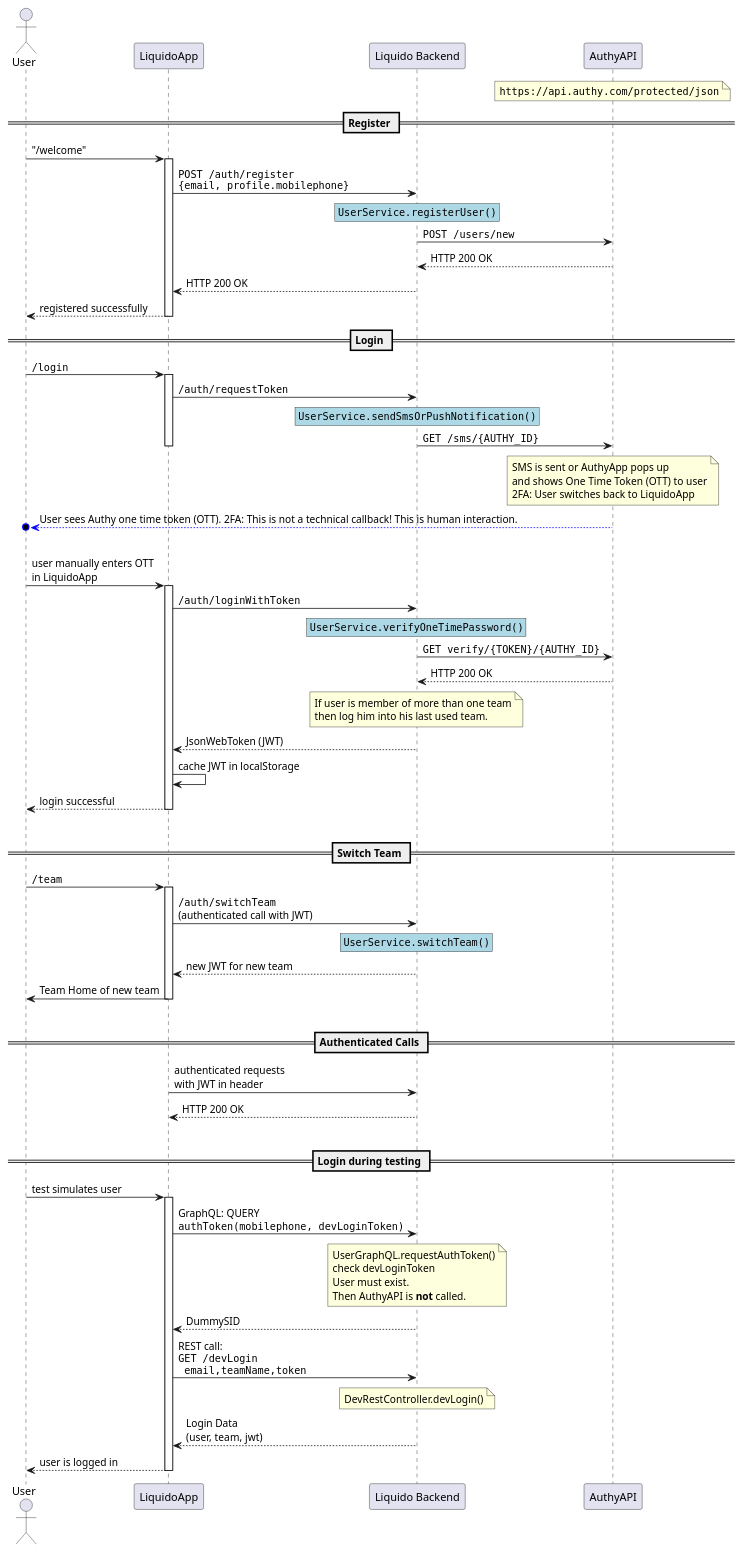
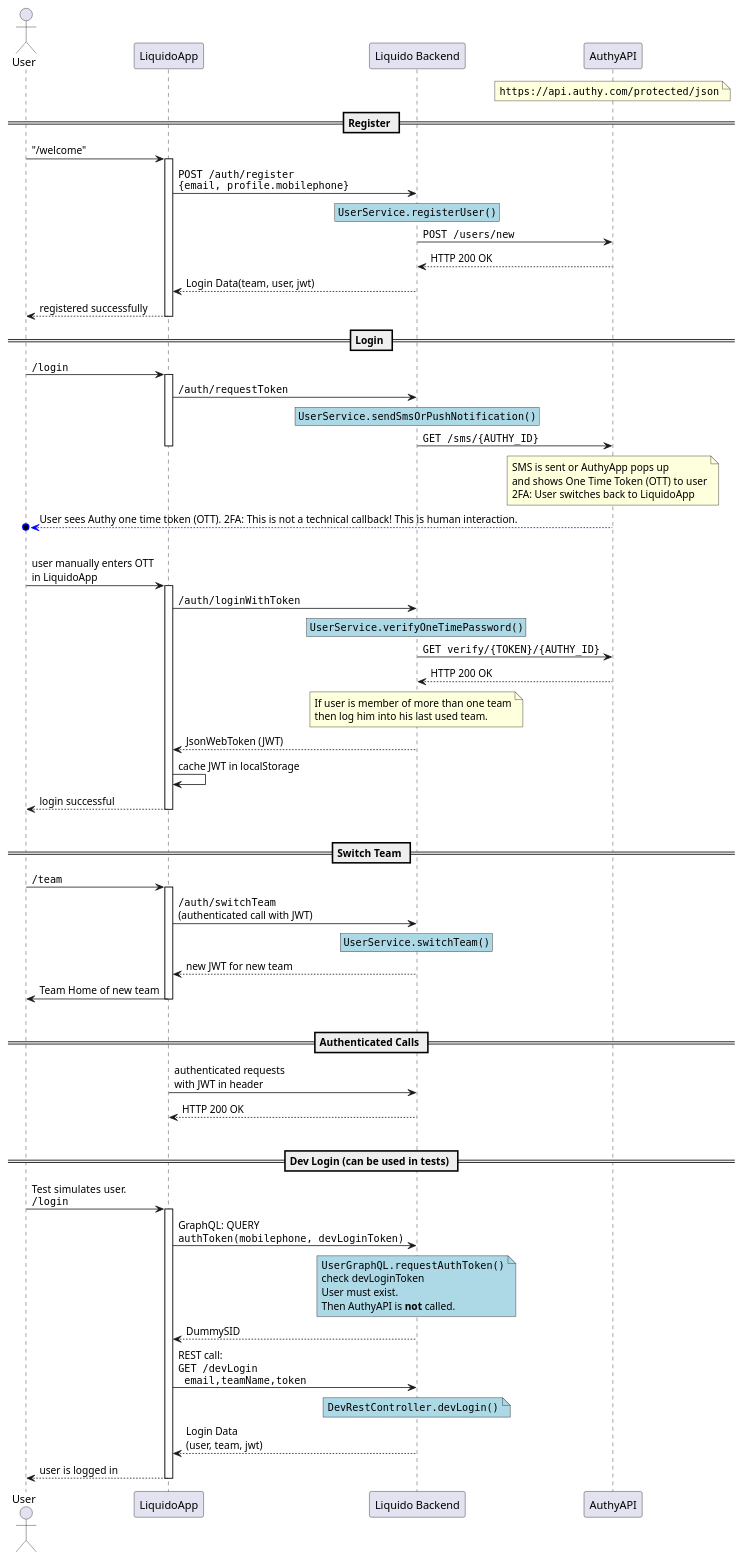
The diagram in doc/Liquido Authy Login Sequence.plantuml (Doogiemuc/liquido-backend-spring), drawn with PlantUML before and after one commit. The commit also changed 2 other files, not shown here.

Commit message:
More secure Create new Team validation

```diff
--- a/doc/Liquido Authy Login Sequence.plantuml
+++ b/doc/Liquido Authy Login Sequence.plantuml
@@ -1,81 +1,81 @@
 @startuml
 
 actor User
 participant LiquidoApp
 participant "Liquido Backend" as BE
 participant AuthyAPI
 
 note over AuthyAPI: ""https://api.authy.com/protected/json""
 
 == Register ==
 
 User -> LiquidoApp: "/welcome"
 activate LiquidoApp
 LiquidoApp -> BE: ""POST /auth/register""\n""{email, profile.mobilephone}""
 rnote over BE #lightblue: ""UserService.registerUser()""
 BE -> AuthyAPI: ""POST /users/new""
 AuthyAPI --> BE: HTTP 200 OK
-BE --> LiquidoApp: HTTP 200 OK
+BE --> LiquidoApp: Login Data(team, user, jwt)
 LiquidoApp --> User: registered successfully
 deactivate LiquidoApp
 
 == Login ==
 
 User -> LiquidoApp: ""/login""
 activate LiquidoApp
 LiquidoApp -> BE: ""/auth/requestToken""
 rnote over BE #lightblue: ""UserService.sendSmsOrPushNotification()""
 BE -> AuthyAPI: ""GET /sms/{AUTHY_ID}""
 deactivate LiquidoApp
 
 note over AuthyAPI: SMS is sent or AuthyApp pops up\nand shows One Time Token (OTT) to user\n2FA: User switches back to LiquidoApp
 AuthyAPI -[#blue]->o User: User sees Authy one time token (OTT). 2FA: This is not a technical callback! This is human interaction.
 
 |||
 
 User -> LiquidoApp: user manually enters OTT\nin LiquidoApp
 activate LiquidoApp
 LiquidoApp -> BE: ""/auth/loginWithToken""
 rnote over BE #lightblue: ""UserService.verifyOneTimePassword()""
 BE -> AuthyAPI: ""GET verify/{TOKEN}/{AUTHY_ID}""
 AuthyAPI --> BE: HTTP 200 OK
 note over BE: If user is member of more than one team\nthen log him into his last used team.
 BE --> LiquidoApp: JsonWebToken (JWT)
 LiquidoApp -> LiquidoApp: cache JWT in localStorage
 LiquidoApp --> User: login successful
 deactivate LiquidoApp
 
 |||
 == Switch Team ==
 
 User -> LiquidoApp: ""/team""
 activate LiquidoApp
 LiquidoApp -> BE: ""/auth/switchTeam""\n(authenticated call with JWT)
 rnote over BE #lightblue: ""UserService.switchTeam()""
 ' should I require authentication via authy here again?
 BE --> LiquidoApp: new JWT for new team
 LiquidoApp -> User: Team Home of new team
 deactivate LiquidoApp
 
 |||
 == Authenticated Calls ==
 
 LiquidoApp -> BE: authenticated requests\nwith JWT in header
 BE --> LiquidoApp: HTTP 200 OK
 
 |||
-== Login during testing ==
+== Dev Login (can be used in tests) ==
 
-User -> LiquidoApp: test simulates user
+User -> LiquidoApp: Test simulates user.\n""/login""
 activate LiquidoApp
 LiquidoApp -> BE: GraphQL: QUERY\n""authToken(mobilephone, devLoginToken)""
-note over BE: UserGraphQL.requestAuthToken()\ncheck devLoginToken\nUser must exist.\nThen AuthyAPI is **not** called.
+note over BE #lightblue: ""UserGraphQL.requestAuthToken()""\ncheck devLoginToken\nUser must exist.\nThen AuthyAPI is **not** called.
 BE --> LiquidoApp: DummySID
 
 LiquidoApp -> BE: REST call:\n""GET /devLogin""\n"" email,teamName,token""
-note over BE: DevRestController.devLogin()
+note over BE #lightblue: ""DevRestController.devLogin()""
 BE --> LiquidoApp: Login Data\n(user, team, jwt)
 LiquidoApp --> User: user is logged in
 deactivate LiquidoApp
 
 @enduml
```
